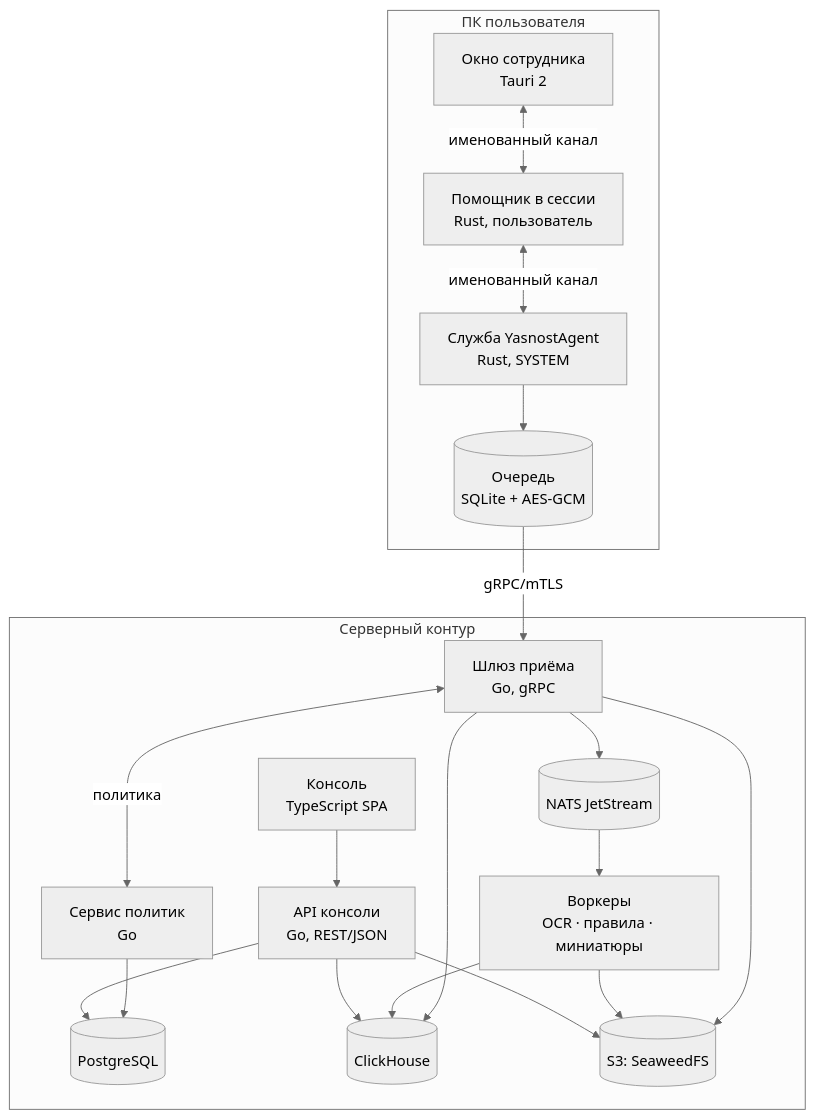
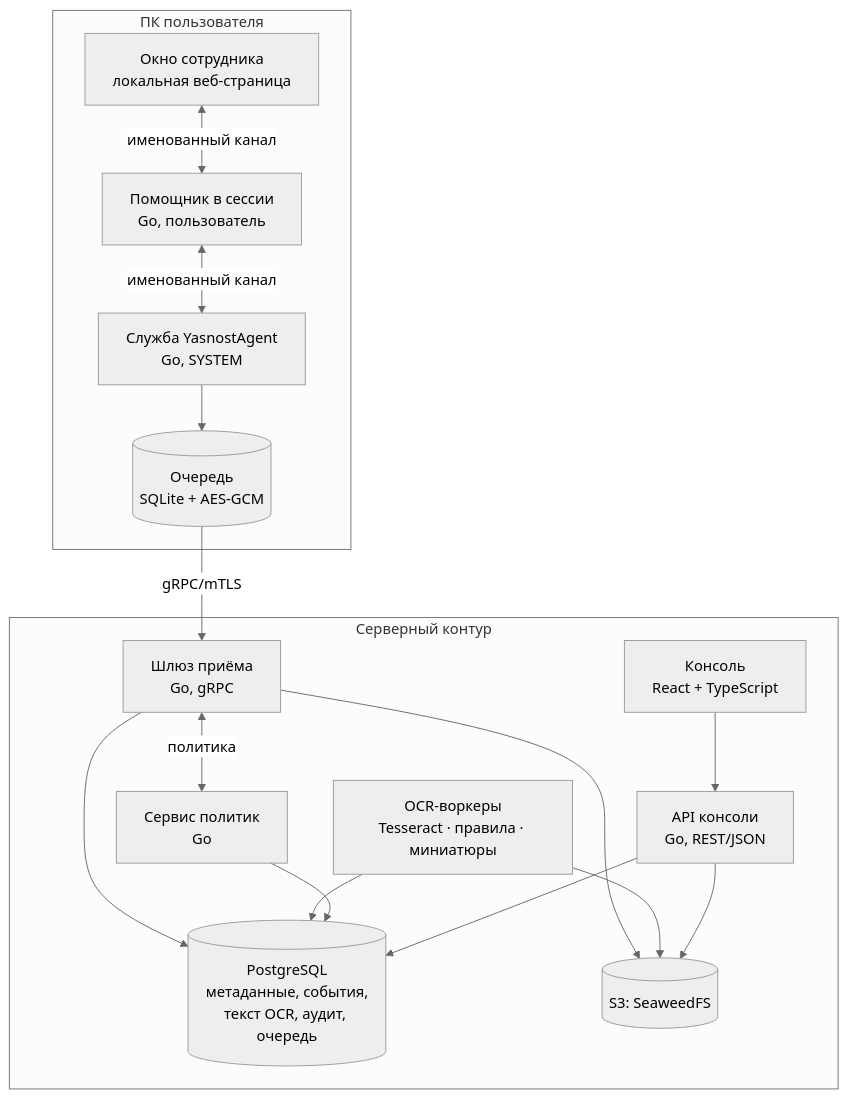
The second of 5 diagrams in content/architecture.md (Nyrokume/rakurs-docs), drawn with Mermaid (neutral theme) before and after one commit. The commit also changed other lines of this file and 43 other files, not shown here.

````diff
--- a/content/architecture.md
+++ b/content/architecture.md
@@ -28,36 +28,31 @@
 ```mermaid Из чего состоит система
 flowchart TB
   subgraph PC[ПК пользователя]
-    svc[Служба YasnostAgent<br/>Rust, SYSTEM]
-    hlp[Помощник в сессии<br/>Rust, пользователь]
-    ui[Окно сотрудника<br/>Tauri 2]
+    svc[Служба YasnostAgent<br/>Go, SYSTEM]
+    hlp[Помощник в сессии<br/>Go, пользователь]
+    ui[Окно сотрудника<br/>локальная веб-страница]
     q[(Очередь<br/>SQLite + AES-GCM)]
     hlp <-- именованный канал --> svc
     ui <-- именованный канал --> hlp
     svc --> q
   end
   subgraph SRV[Серверный контур]
     gw[Шлюз приёма<br/>Go, gRPC]
     api[API консоли<br/>Go, REST/JSON]
     pol[Сервис политик<br/>Go]
-    wk[Воркеры<br/>OCR · правила · миниатюры]
-    nats[(NATS JetStream)]
-    pg[(PostgreSQL)]
-    ch[(ClickHouse)]
+    wk[OCR-воркеры<br/>Tesseract · правила · миниатюры]
+    pg[(PostgreSQL<br/>метаданные, события,<br/>текст OCR, аудит, очередь)]
     s3[(S3: SeaweedFS)]
-    web[Консоль<br/>TypeScript SPA]
+    web[Консоль<br/>React + TypeScript]
   end
   q -- gRPC/mTLS --> gw
-  gw --> ch
+  gw --> pg
   gw --> s3
-  gw --> nats
-  nats --> wk
-  wk --> ch
+  wk --> pg
   wk --> s3
   pol --> pg
   gw <-- политика --> pol
   api --> pg
-  api --> ch
   api --> s3
   web --> api
 ```
````
